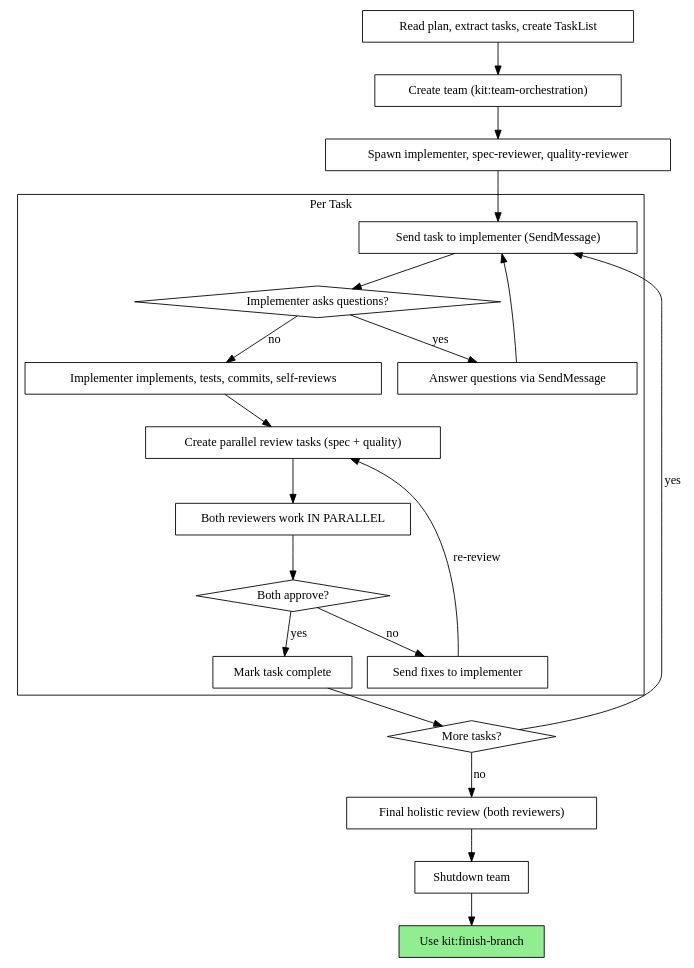
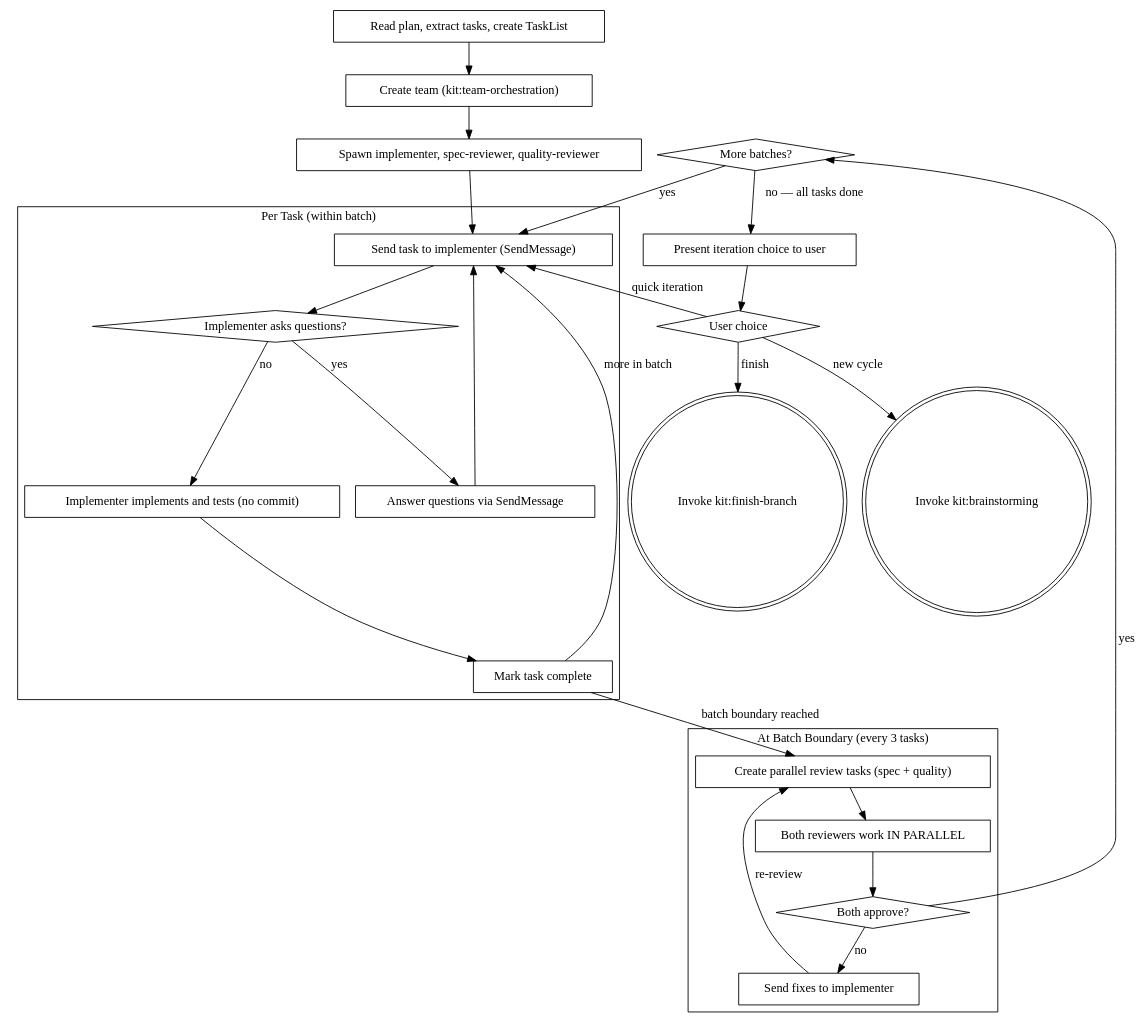
The second of 2 diagrams in skills/team-dev/SKILL.md (shousper/claude-kit), drawn with Graphviz before and after one commit. The commit also changed other lines of this file and 23 other files, not shown here.

````diff
--- a/skills/team-dev/SKILL.md
+++ b/skills/team-dev/SKILL.md
@@ -40,46 +40,55 @@
 ```dot
 digraph process {
     rankdir=TB;
 
     "Read plan, extract tasks, create TaskList" [shape=box];
     "Create team (kit:team-orchestration)" [shape=box];
     "Spawn implementer, spec-reviewer, quality-reviewer" [shape=box];
 
     subgraph cluster_per_task {
-        label="Per Task";
+        label="Per Task (within batch)";
         "Send task to implementer (SendMessage)" [shape=box];
         "Implementer asks questions?" [shape=diamond];
         "Answer questions via SendMessage" [shape=box];
-        "Implementer implements, tests, commits, self-reviews" [shape=box];
+        "Implementer implements and tests (no commit)" [shape=box];
+        "Mark task complete" [shape=box];
+    }
+
+    subgraph cluster_batch_review {
+        label="At Batch Boundary (every 3 tasks)";
         "Create parallel review tasks (spec + quality)" [shape=box];
         "Both reviewers work IN PARALLEL" [shape=box];
         "Both approve?" [shape=diamond];
         "Send fixes to implementer" [shape=box];
-        "Mark task complete" [shape=box];
     }
 
-    "More tasks?" [shape=diamond];
-    "Final holistic review (both reviewers)" [shape=box];
-    "Shutdown team" [shape=box];
-    "Use kit:finish-branch" [shape=box style=filled fillcolor=lightgreen];
+    "More batches?" [shape=diamond];
+    "Present iteration choice to user" [shape=box];
 
     "Read plan, extract tasks, create TaskList" -> "Create team (kit:team-orchestration)";
     "Create team (kit:team-orchestration)" -> "Spawn implementer, spec-reviewer, quality-reviewer";
     "Spawn implementer, spec-reviewer, quality-reviewer" -> "Send task to implementer (SendMessage)";
     "Send task to implementer (SendMessage)" -> "Implementer asks questions?";
     "Implementer asks questions?" -> "Answer questions via SendMessage" [label="yes"];
     "Answer questions via SendMessage" -> "Send task to implementer (SendMessage)";
-    "Implementer asks questions?" -> "Implementer implements, tests, commits, self-reviews" [label="no"];
-    "Implementer implements, tests, commits, self-reviews" -> "Create parallel review tasks (spec + quality)";
+    "Implementer asks questions?" -> "Implementer implements and tests (no commit)" [label="no"];
+    "Implementer implements and tests (no commit)" -> "Mark task complete";
+    "Mark task complete" -> "Create parallel review tasks (spec + quality)" [label="batch boundary reached"];
+    "Mark task complete" -> "Send task to implementer (SendMessage)" [label="more in batch"];
     "Create parallel review tasks (spec + quality)" -> "Both reviewers work IN PARALLEL";
     "Both reviewers work IN PARALLEL" -> "Both approve?";
     "Both approve?" -> "Send fixes to implementer" [label="no"];
     "Send fixes to implementer" -> "Create parallel review tasks (spec + quality)" [label="re-review"];
-    "Both approve?" -> "Mark task complete" [label="yes"];
-    "Mark task complete" -> "More tasks?";
-    "More tasks?" -> "Send task to implementer (SendMessage)" [label="yes"];
-    "More tasks?" -> "Final holistic review (both reviewers)" [label="no"];
-    "Final holistic review (both reviewers)" -> "Shutdown team";
-    "Shutdown team" -> "Use kit:finish-branch";
+    "Both approve?" -> "More batches?" [label="yes"];
+    "More batches?" -> "Send task to implementer (SendMessage)" [label="yes"];
+    "More batches?" -> "Present iteration choice to user" [label="no — all tasks done"];
+
+    "User choice" [shape=diamond];
+    "Present iteration choice to user" -> "User choice";
+    "User choice" -> "Invoke kit:finish-branch" [label="finish"];
+    "User choice" -> "Send task to implementer (SendMessage)" [label="quick iteration"];
+    "User choice" -> "Invoke kit:brainstorming" [label="new cycle"];
+    "Invoke kit:finish-branch" [shape=doublecircle];
+    "Invoke kit:brainstorming" [shape=doublecircle];
 }
 ```
````
